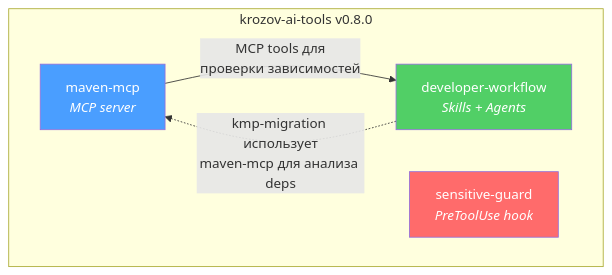
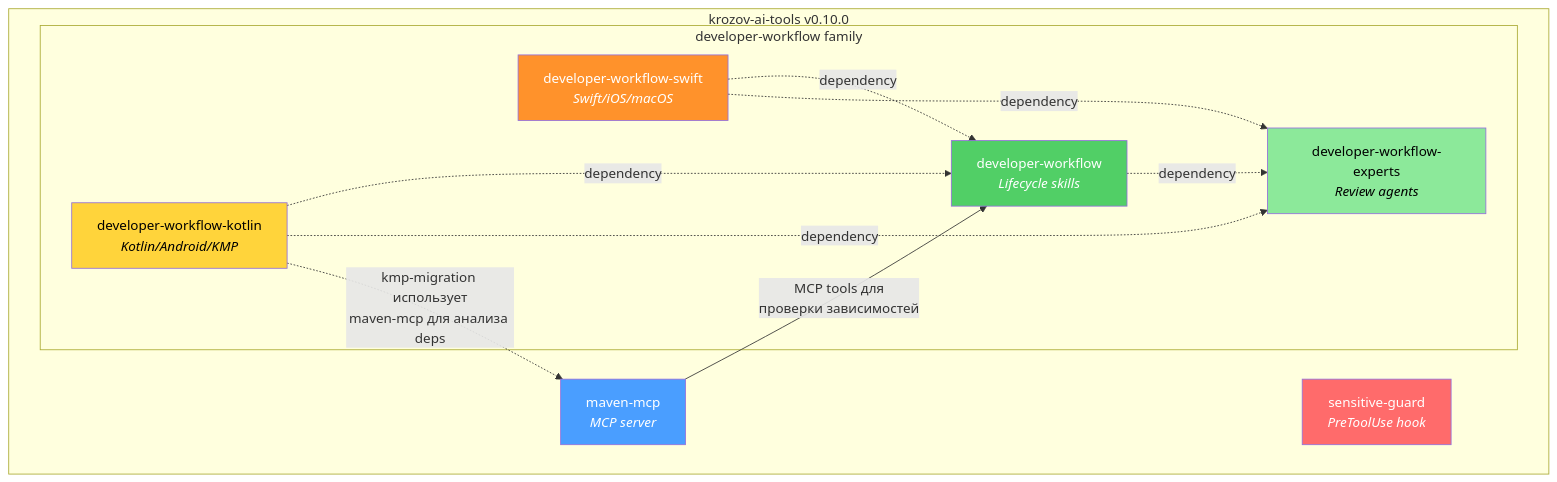
The first of 7 diagrams in docs/PLUGINS-GUIDE.md (kirich1409/maven-central-mcp), drawn with Mermaid before and after one commit. The commit also changed other lines of this file and 2 other files, not shown here.

First line of the commit message:
Actualize developer-workflow documentation (#127)

````diff
--- a/docs/PLUGINS-GUIDE.md
+++ b/docs/PLUGINS-GUIDE.md
@@ -23,15 +23,29 @@
 ```mermaid
 graph TB
-    subgraph repo["krozov-ai-tools v0.8.0"]
+    subgraph repo["krozov-ai-tools v0.10.0"]
         maven["maven-mcp<br/><i>MCP server</i>"]
         guard["sensitive-guard<br/><i>PreToolUse hook</i>"]
-        workflow["developer-workflow<br/><i>Skills + Agents</i>"]
+        subgraph dw_family["developer-workflow family"]
+            workflow["developer-workflow<br/><i>Lifecycle skills</i>"]
+            experts["developer-workflow-experts<br/><i>Review agents</i>"]
+            kotlin["developer-workflow-kotlin<br/><i>Kotlin/Android/KMP</i>"]
+            swift["developer-workflow-swift<br/><i>Swift/iOS/macOS</i>"]
+        end
     end
 
+    workflow -.->|dependency| experts
+    kotlin -.->|dependency| workflow
+    kotlin -.->|dependency| experts
+    swift -.->|dependency| workflow
+    swift -.->|dependency| experts
+
     maven -->|"MCP tools для<br/>проверки зависимостей"| workflow
-    workflow -.->|"kmp-migration использует<br/>maven-mcp для анализа deps"| maven
+    kotlin -.->|"kmp-migration использует<br/>maven-mcp для анализа deps"| maven
 
     style maven fill:#4a9eff,color:#fff
     style guard fill:#ff6b6b,color:#fff
     style workflow fill:#51cf66,color:#fff
+    style experts fill:#8ce99a,color:#000
+    style kotlin fill:#ffd43b,color:#000
+    style swift fill:#ff922b,color:#fff
 ```
````
